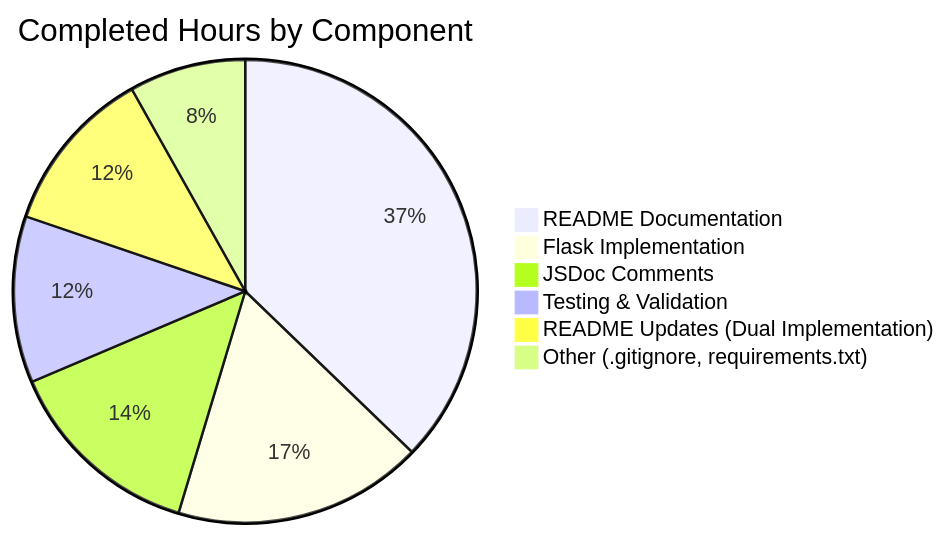
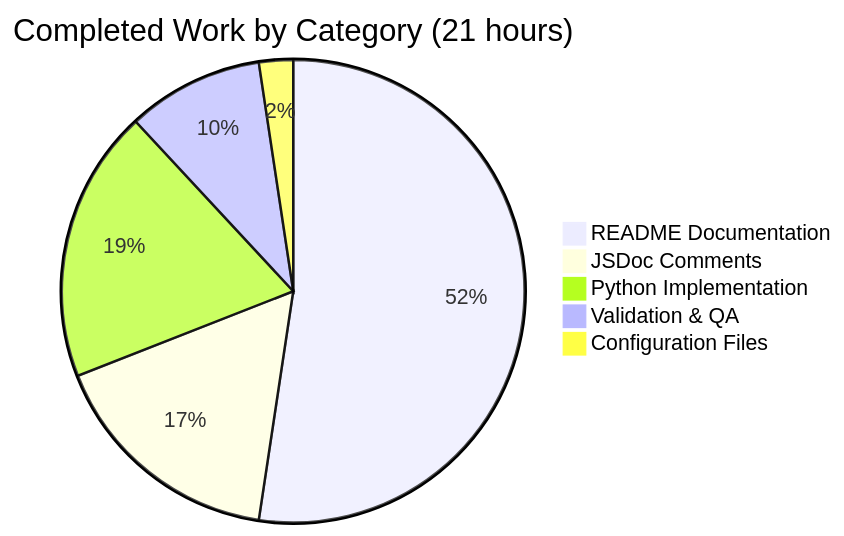
The second of 2 diagrams in blitzy/documentation/Project Guide.md (lakshya-blitzy/meta-app), drawn with Mermaid before and after one commit. The commit also changed other lines of this file, not shown here.

````diff
--- a/blitzy/documentation/Project Guide.md
+++ b/blitzy/documentation/Project Guide.md
@@ -47,9 +55,8 @@
 ```mermaid
-pie title Completed Hours by Component
-    "README Documentation" : 8.0
-    "Flask Implementation" : 3.75
-    "JSDoc Comments" : 3.0
-    "Testing & Validation" : 2.5
-    "README Updates (Dual Implementation)" : 2.5
-    "Other (.gitignore, requirements.txt)" : 1.75
+pie title Completed Work by Category (21 hours)
+    "README Documentation" : 11
+    "JSDoc Comments" : 3.5
+    "Python Implementation" : 4
+    "Validation & QA" : 2
+    "Configuration Files" : 0.5
 ```
````
